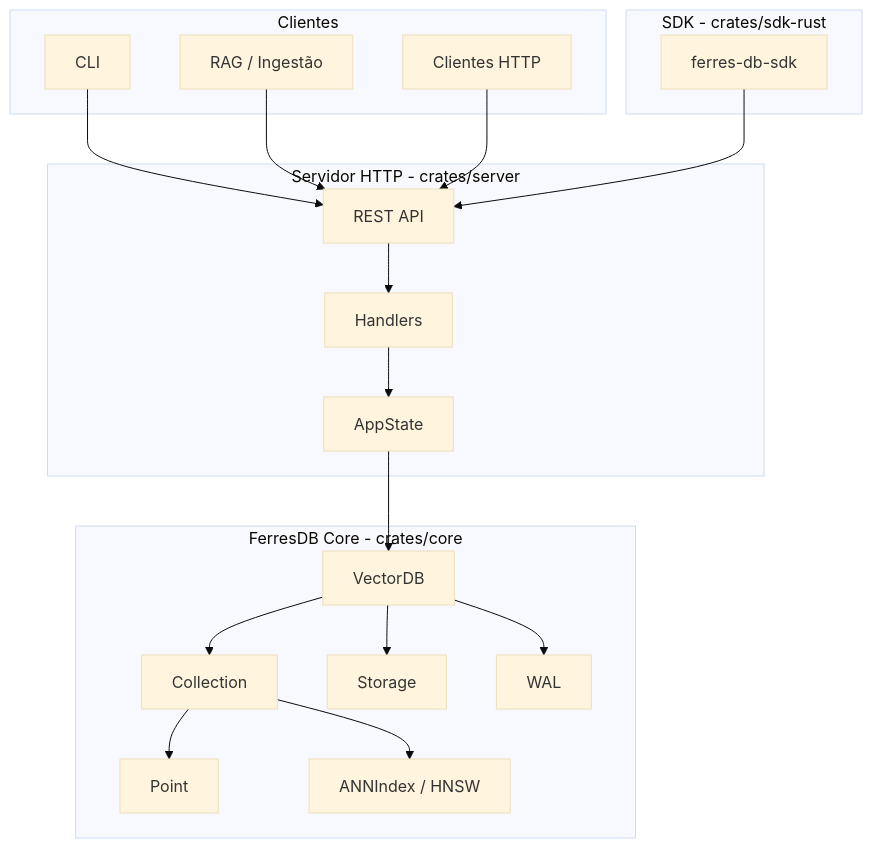
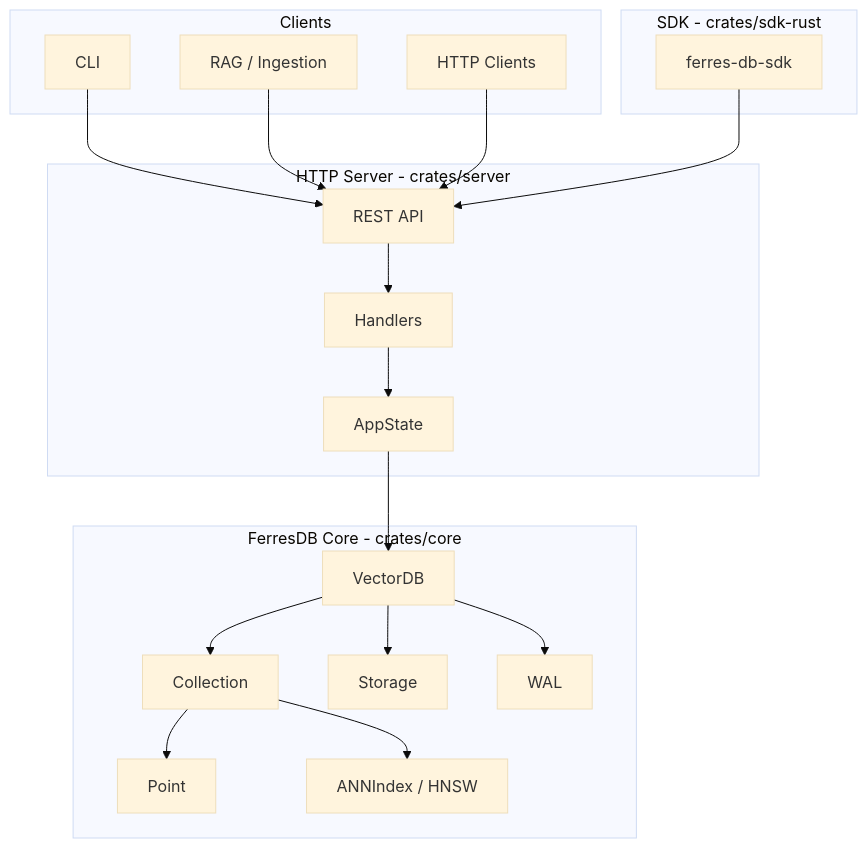
The first of 2 diagrams in docs/architecture.md (ferres-db/ferres-db), drawn with Mermaid (base theme) before and after one commit. The commit also changed other lines of this file and 48 other files, not shown here.

````diff
--- a/docs/architecture.md
+++ b/docs/architecture.md
@@ -7,40 +7,40 @@
 ```mermaid
 flowchart TB
-  subgraph clients [Clientes]
+  subgraph clients [Clients]
     CLI[CLI]
-    RAG[RAG / Ingestão]
-    HTTP[Clientes HTTP]
+    RAG[RAG / Ingestion]
+    HTTP[HTTP Clients]
   end
 
-  subgraph server [Servidor HTTP - crates/server]
+  subgraph server [HTTP Server - crates/server]
     API[REST API]
     Handlers[Handlers]
     State[AppState]
     API --> Handlers
     Handlers --> State
   end
 
   subgraph core [FerresDB Core - crates/core]
     VectorDB[VectorDB]
     Coll[Collection]
     Point[Point]
     ANN[ANNIndex / HNSW]
     Storage[Storage]
     WAL[WAL]
     VectorDB --> Coll
     Coll --> Point
     Coll --> ANN
     VectorDB --> Storage
     VectorDB --> WAL
   end
 
   subgraph sdk [SDK - crates/sdk-rust]
     SDK[ferres-db-sdk]
   end
 
   CLI --> API
   RAG --> API
   HTTP --> API
   SDK --> API
   State --> VectorDB
 ```
````
